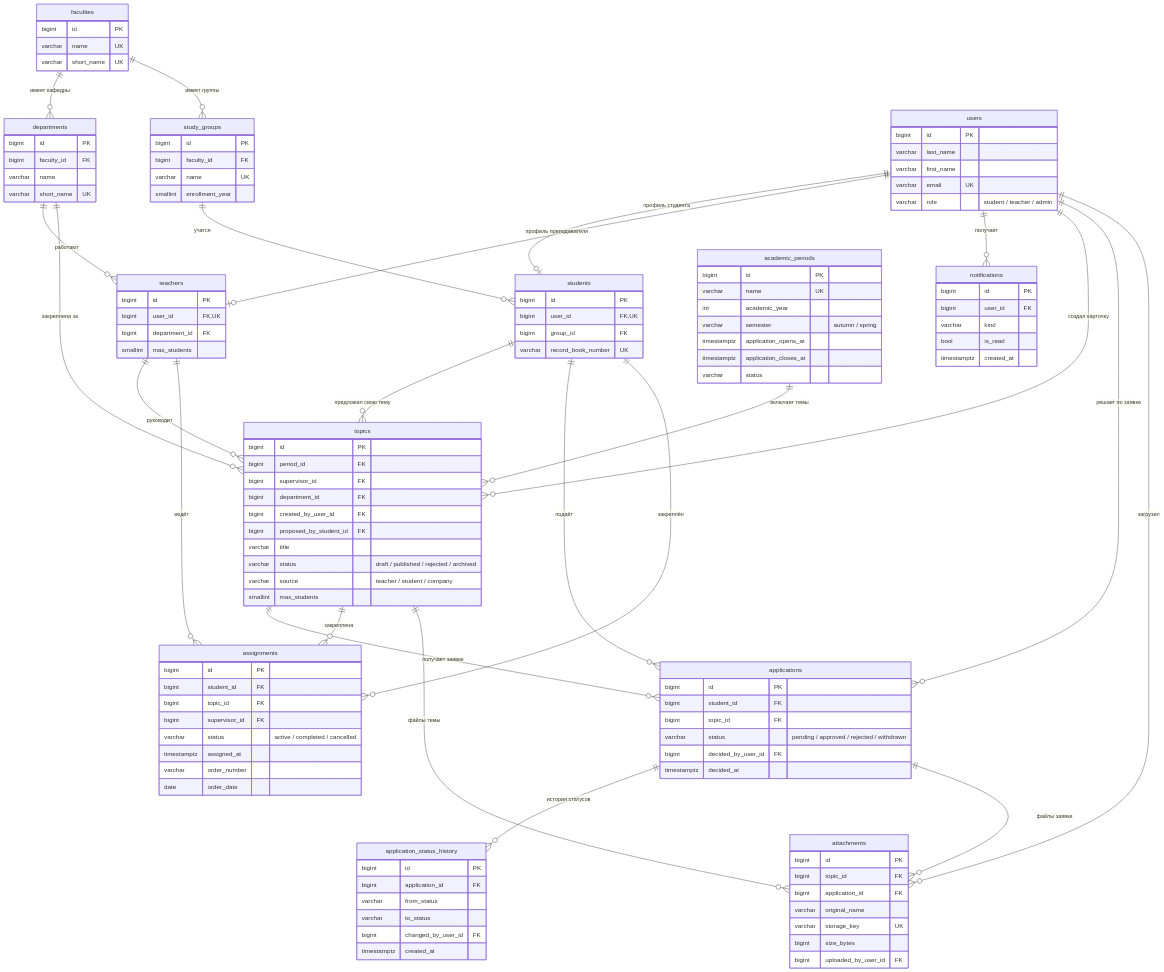
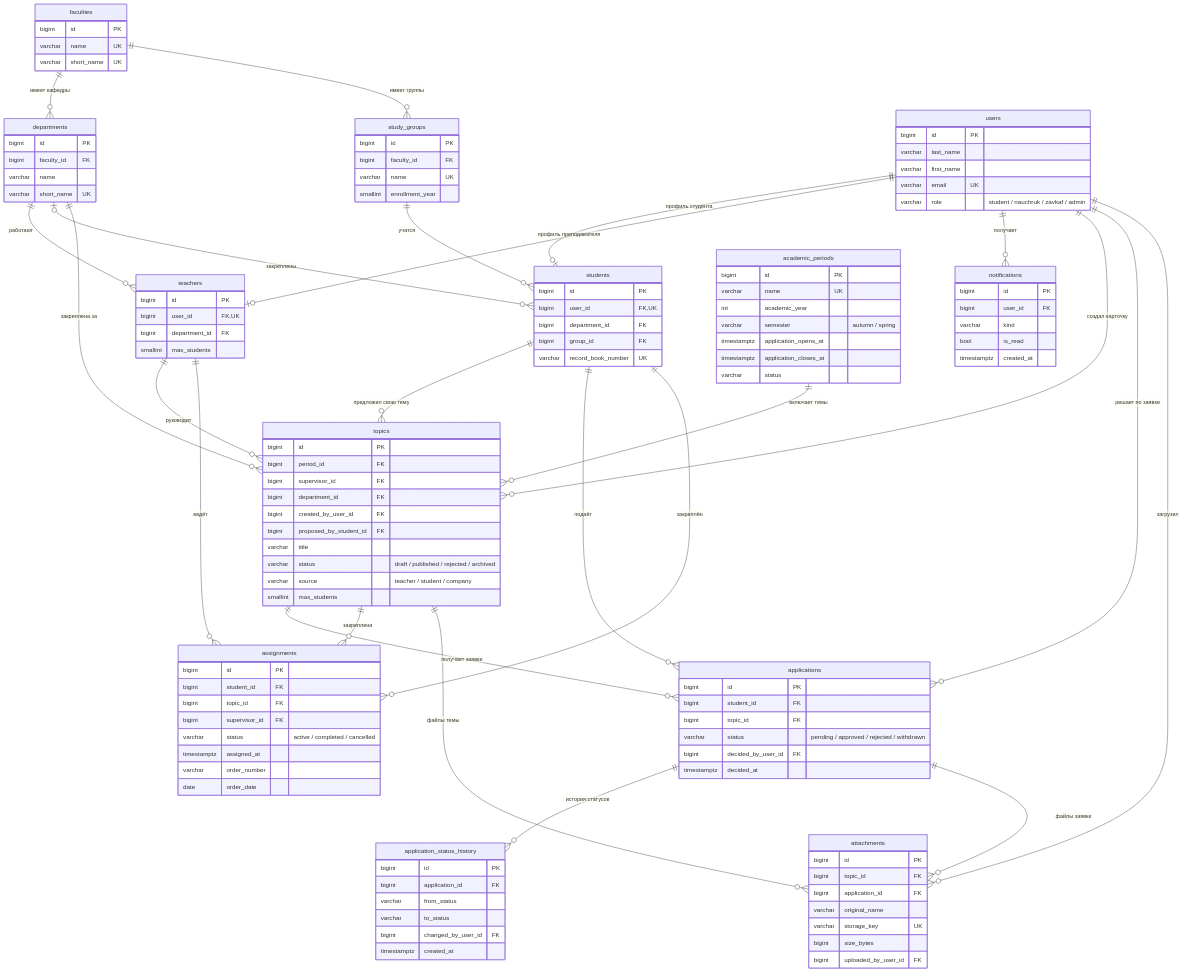
The diagram in docs/er.md (Darknesslog/DiplomNavigator), drawn with Mermaid before and after one commit. The commit also changed 34 other files, not shown here.

```diff
--- a/docs/er.md
+++ b/docs/er.md
@@ -9,6 +9,7 @@
     faculties ||--o{ departments : "имеет кафедры"
     faculties ||--o{ study_groups : "имеет группы"
     departments ||--o{ teachers : "работают"
+    departments |o--o{ students : "закреплены"
     study_groups ||--o{ students : "учатся"
 
     users ||--o| students : "профиль студента"
@@ -39,12 +40,13 @@
         varchar last_name
         varchar first_name
         varchar email UK
-        varchar role "student / teacher / admin"
+        varchar role "student / nauchruk / zavkaf / admin"
     }
 
     students {
         bigint id PK
         bigint user_id FK,UK
+        bigint department_id FK
         bigint group_id FK
         varchar record_book_number UK
     }
```
